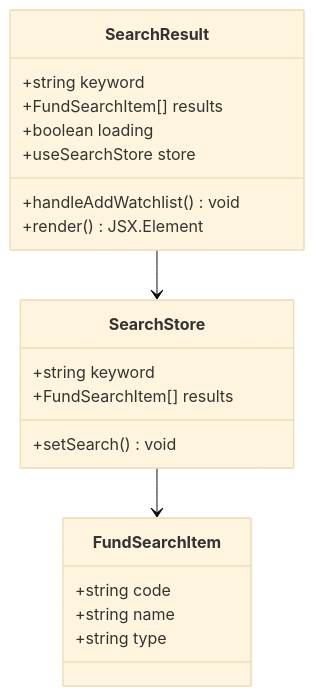
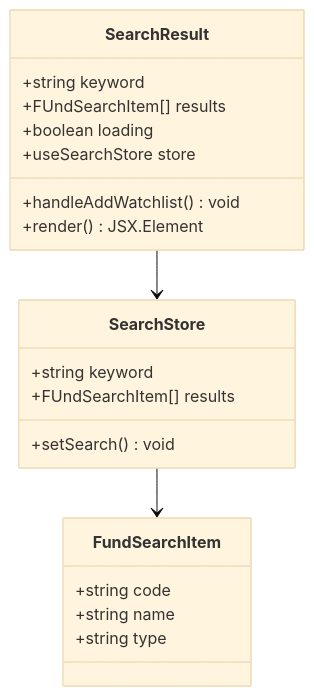
One commit to gree-coder/fund-butler changed the tenth of 17 diagrams in .qoder/repowiki/zh/content/核心功能开发/前端投资组合管理增强.md. Above: the diagram before and after it, drawn with Mermaid (base theme). The commit also changed other lines of this file and 34 other files, not shown here.

````diff
--- a/.qoder/repowiki/zh/content/核心功能开发/前端投资组合管理增强.md
+++ b/.qoder/repowiki/zh/content/核心功能开发/前端投资组合管理增强.md
@@ -495,23 +509,23 @@
 ```mermaid
 classDiagram
 class SearchResult {
 +string keyword
-+FundSearchItem[] results
++FUndSearchItem[] results
 +boolean loading
 +useSearchStore store
 +handleAddWatchlist() void
 +render() JSX.Element
 }
 class SearchStore {
 +string keyword
-+FundSearchItem[] results
++FUndSearchItem[] results
 +setSearch() void
 }
 class FundSearchItem {
 +string code
 +string name
 +string type
 }
 SearchResult --> SearchStore
 SearchStore --> FundSearchItem
 ```
````
